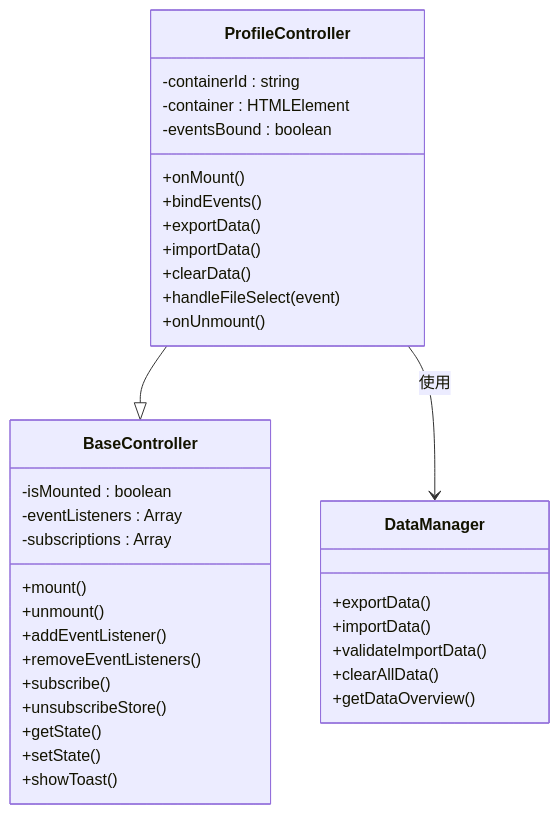
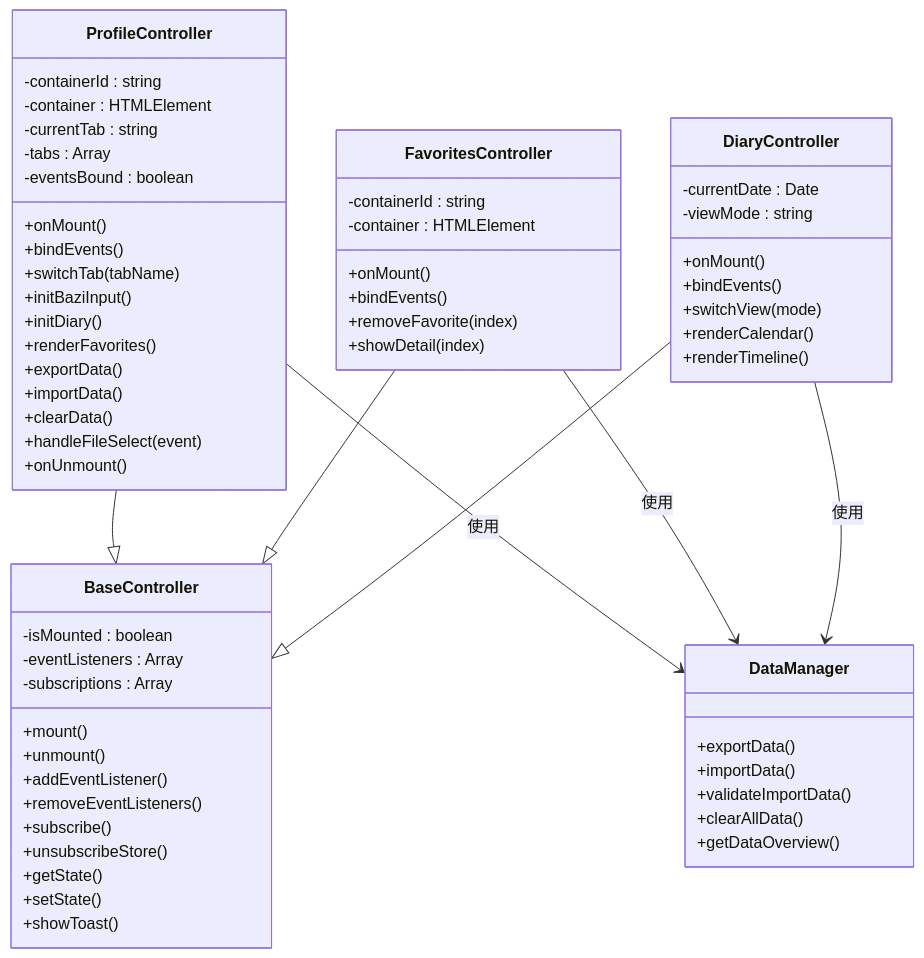
Before and after one commit to jeankeim/wuxing-fashion: the fifth of 16 diagrams in .qoder/repowiki/zh/content/控制器系统/个人资料控制器.md, drawn with Mermaid. The commit also changed other lines of this file and 27 other files, not shown here.

````diff
--- a/.qoder/repowiki/zh/content/控制器系统/个人资料控制器.md
+++ b/.qoder/repowiki/zh/content/控制器系统/个人资料控制器.md
@@ -197,38 +294,65 @@
 ```mermaid
 classDiagram
 class ProfileController {
 -containerId : string
 -container : HTMLElement
+-currentTab : string
+-tabs : Array
 -eventsBound : boolean
 +onMount()
 +bindEvents()
++switchTab(tabName)
++initBaziInput()
++initDiary()
++renderFavorites()
 +exportData()
 +importData()
 +clearData()
 +handleFileSelect(event)
 +onUnmount()
 }
 class BaseController {
 -isMounted : boolean
 -eventListeners : Array
 -subscriptions : Array
 +mount()
 +unmount()
 +addEventListener()
 +removeEventListeners()
 +subscribe()
 +unsubscribeStore()
 +getState()
 +setState()
 +showToast()
 }
 class DataManager {
 +exportData()
 +importData()
 +validateImportData()
 +clearAllData()
 +getDataOverview()
 }
+class FavoritesController {
+-containerId : string
+-container : HTMLElement
++onMount()
++bindEvents()
++removeFavorite(index)
++showDetail(index)
+}
+class DiaryController {
+-currentDate : Date
+-viewMode : string
++onMount()
++bindEvents()
++switchView(mode)
++renderCalendar()
++renderTimeline()
+}
 ProfileController --|> BaseController
 ProfileController --> DataManager : 使用
+FavoritesController --|> BaseController
+FavoritesController --> DataManager : 使用
+DiaryController --|> BaseController
+DiaryController --> DataManager : 使用
 ```
````
